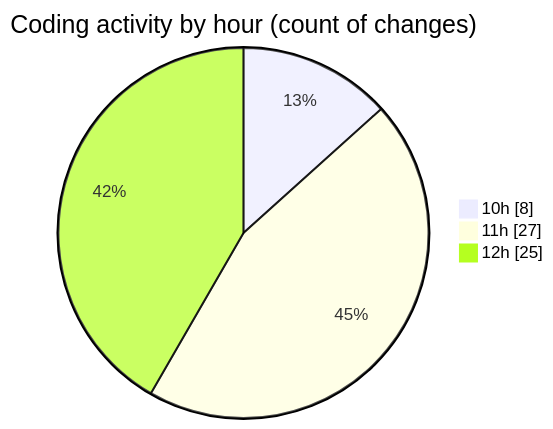
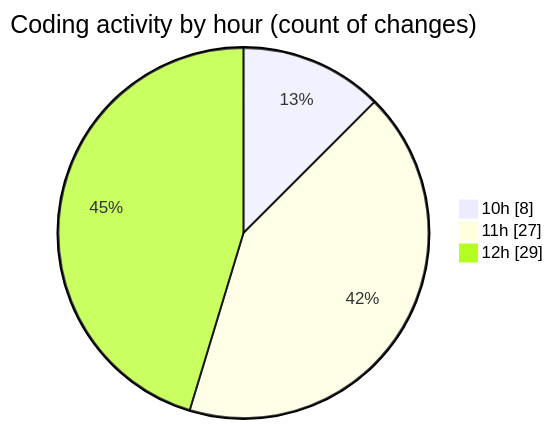
One commit to nxtqubesakshisongat/code-tracking changed the second of 2 diagrams in 2025-09-29/nxtqube_webapp/README.md. Above: the diagram before and after it, drawn with Mermaid. The commit also changed other lines of this file and 1 other file, not shown here.

````diff
--- a/2025-09-29/nxtqube_webapp/README.md
+++ b/2025-09-29/nxtqube_webapp/README.md
@@ -31,7 +31,7 @@
 ```mermaid
 pie showData
 title Coding activity by hour (count of changes)
 "10h" : 8
 "11h" : 27
-"12h" : 25
+"12h" : 29
 ```
````
